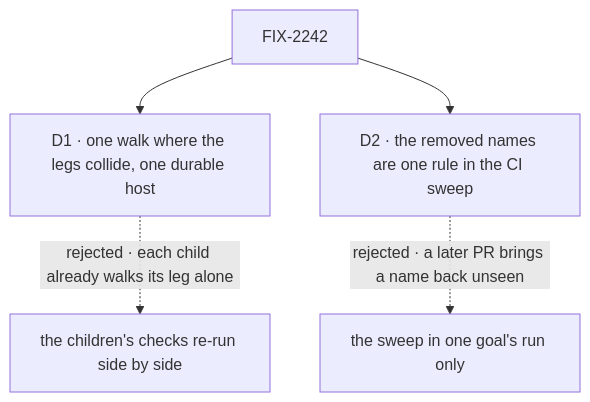
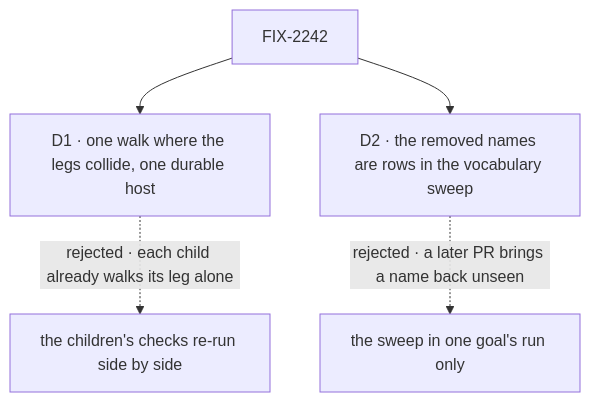
One commit to fixpoint-labs/flow-state-dev changed the diagram in specs/issues/FIX-2242/DECISIONS.md. Above: the diagram before and after it, drawn with Mermaid. The commit also changed other lines of this file and 3 other files, not shown here.

First line of the commit message:
spec(FIX-2242): D2 lives in the vocabulary sweep's RETIRED, with the full name list; leg 9's owner and the new control's file named; the epic's leg a reworded

````diff
--- a/specs/issues/FIX-2242/DECISIONS.md
+++ b/specs/issues/FIX-2242/DECISIONS.md
@@ -11,7 +11,7 @@
 ```mermaid
 flowchart TD
   I["FIX-2242"] --> D1["D1 · one walk where the legs collide, one durable host"]
   D1 -.->|"rejected · each child already walks its leg alone"| X1["the children's checks re-run side by side"]
-  I --> D2["D2 · the removed names are one rule in the CI sweep"]
+  I --> D2["D2 · the removed names are rows in the vocabulary sweep"]
   D2 -.->|"rejected · a later PR brings a name back unseen"| X2["the sweep in one goal's run only"]
 ```
````
